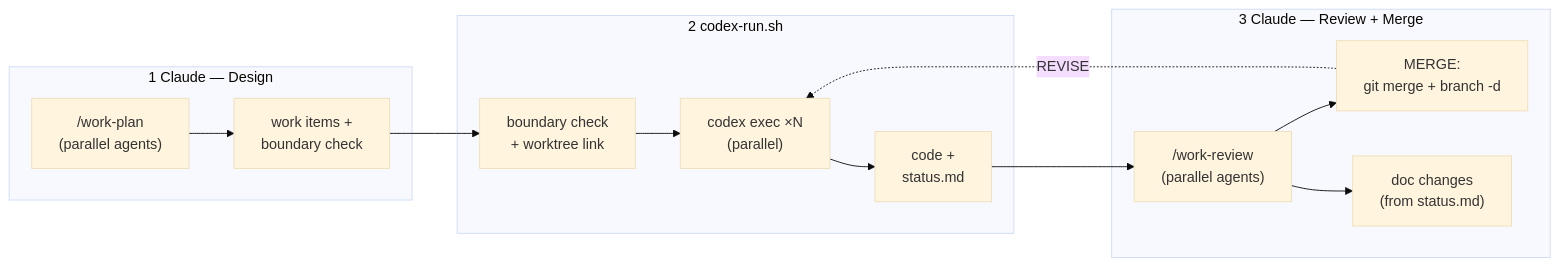
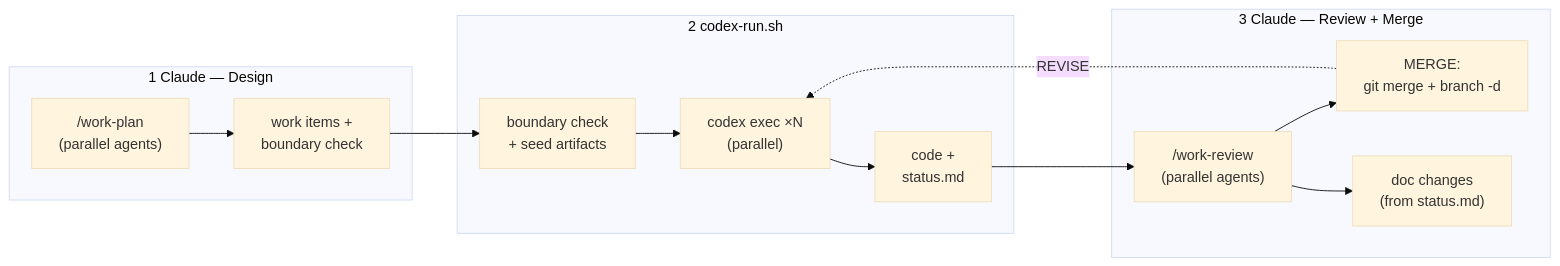
Before and after one commit to aanna0701/claude-useful-instructions: the diagram in docs/collab-workflow.md, drawn with Mermaid (base theme). The commit also changed other lines of this file and 1 other file, not shown here.

````diff
--- a/docs/collab-workflow.md
+++ b/docs/collab-workflow.md
@@ -37,20 +37,20 @@
 ```mermaid
 graph LR
     subgraph "1 Claude — Design"
         A["/work-plan\n(parallel agents)"] --> B["work items +\nboundary check"]
     end
 
     subgraph "2 codex-run.sh"
-        B --> BC["boundary check\n+ worktree link"]
+        B --> BC["boundary check\n+ seed artifacts"]
         BC --> D["codex exec ×N\n(parallel)"]
         D --> E["code +\nstatus.md"]
     end
 
     subgraph "3 Claude — Review + Merge"
         E --> F["/work-review\n(parallel agents)"]
         F --> H["MERGE:\ngit merge + branch -d"]
         F --> DOC["doc changes\n(from status.md)"]
     end
 
     H -.->|REVISE| D
 ```
````
